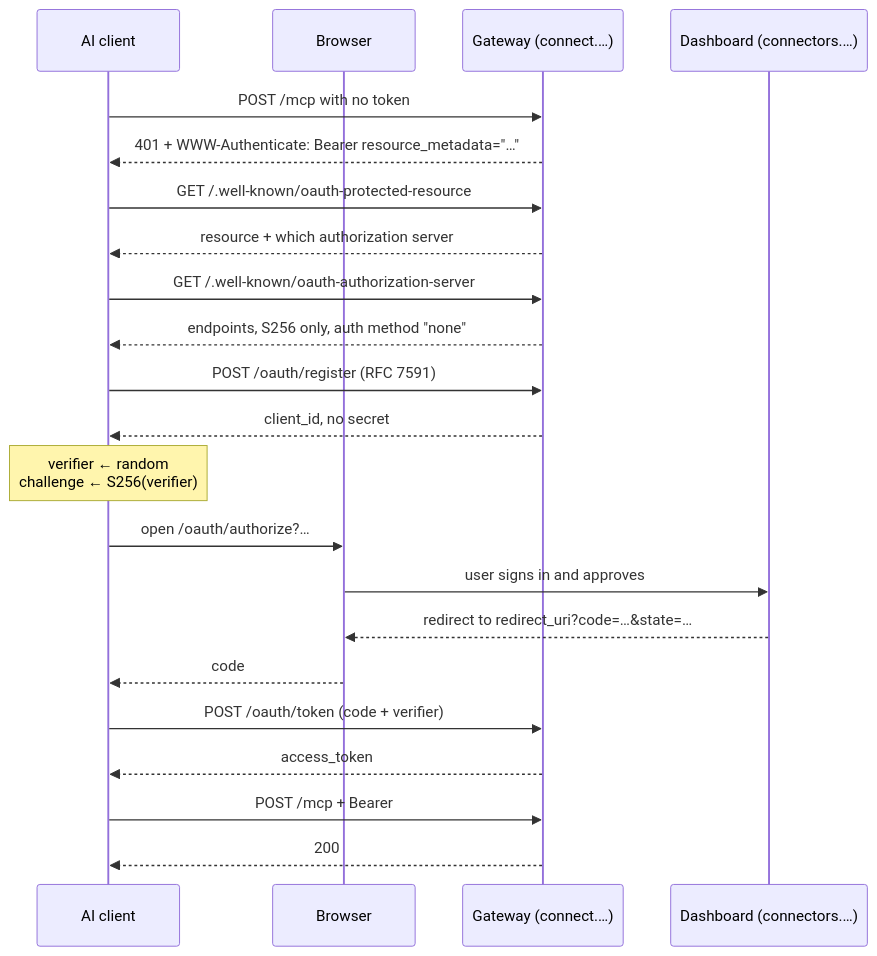
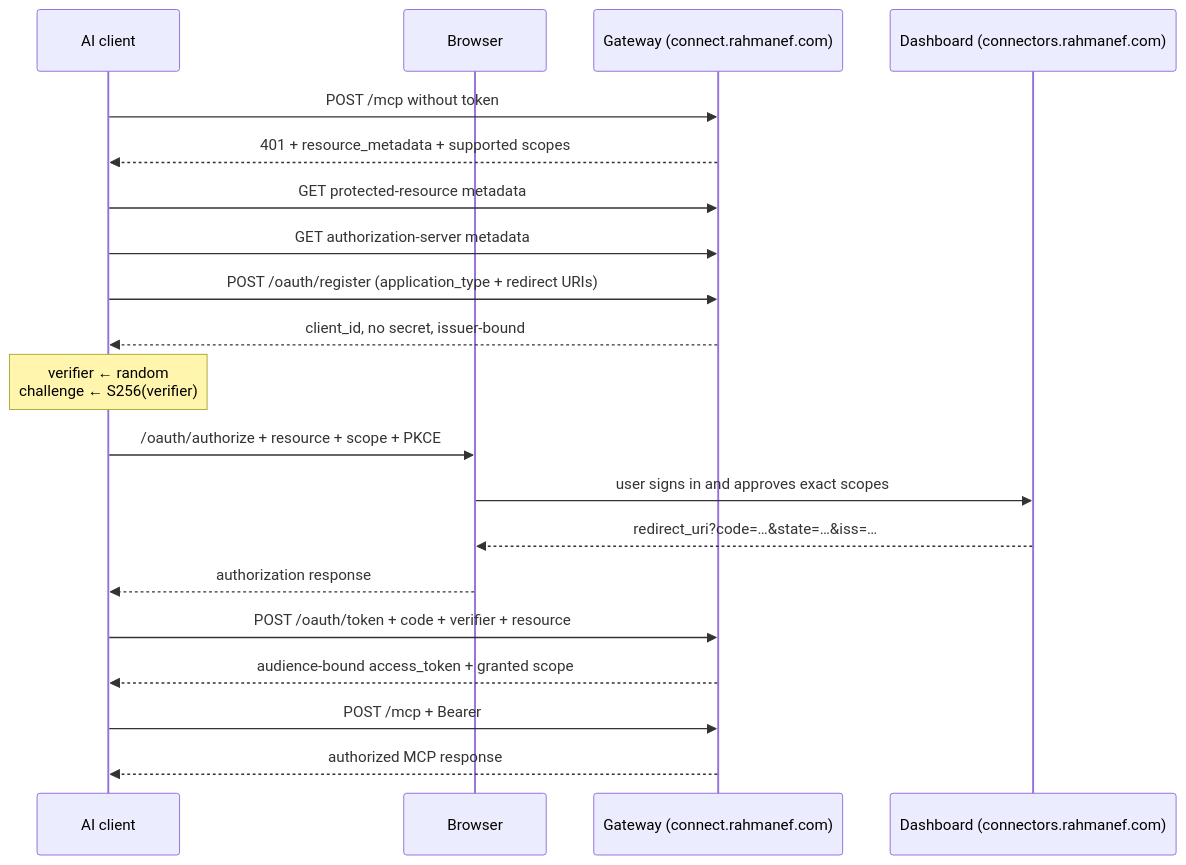
The diagram in docs/18-oauth.md (rahmanef63/connectors-gateway), drawn with Mermaid before and after one commit. The commit also changed other lines of this file and 60 other files, not shown here.

Commit message:
feat(mcp): harden ChatGPT plugin and OAuth

````diff
--- a/docs/18-oauth.md
+++ b/docs/18-oauth.md
@@ -15,25 +14,23 @@
 ```mermaid
 sequenceDiagram
     participant C as AI client
     participant B as Browser
-    participant G as Gateway (connect.…)
-    participant W as Dashboard (connectors.…)
+    participant G as Gateway (connect.rahmanef.com)
+    participant W as Dashboard (connectors.rahmanef.com)
 
-    C->>G: POST /mcp with no token
-    G-->>C: 401 + WWW-Authenticate: Bearer resource_metadata="…"
-    C->>G: GET /.well-known/oauth-protected-resource
-    G-->>C: resource + which authorization server
-    C->>G: GET /.well-known/oauth-authorization-server
-    G-->>C: endpoints, S256 only, auth method "none"
-    C->>G: POST /oauth/register (RFC 7591)
-    G-->>C: client_id, no secret
+    C->>G: POST /mcp without token
+    G-->>C: 401 + resource_metadata + supported scopes
+    C->>G: GET protected-resource metadata
+    C->>G: GET authorization-server metadata
+    C->>G: POST /oauth/register (application_type + redirect URIs)
+    G-->>C: client_id, no secret, issuer-bound
     Note over C: verifier ← random<br/>challenge ← S256(verifier)
-    C->>B: open /oauth/authorize?…
-    B->>W: user signs in and approves
-    W-->>B: redirect to redirect_uri?code=…&state=…
-    B-->>C: code
-    C->>G: POST /oauth/token (code + verifier)
-    G-->>C: access_token
+    C->>B: /oauth/authorize + resource + scope + PKCE
+    B->>W: user signs in and approves exact scopes
+    W-->>B: redirect_uri?code=…&state=…&iss=…
+    B-->>C: authorization response
+    C->>G: POST /oauth/token + code + verifier + resource
+    G-->>C: audience-bound access_token + granted scope
     C->>G: POST /mcp + Bearer
-    G-->>C: 200
+    G-->>C: authorized MCP response
 ```
````
